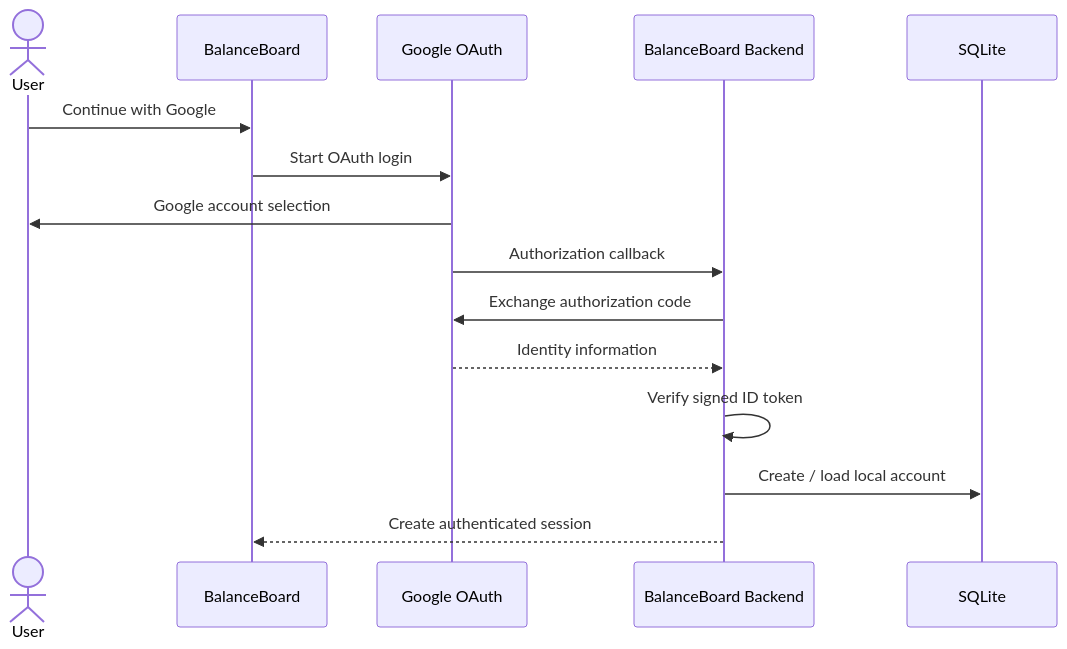
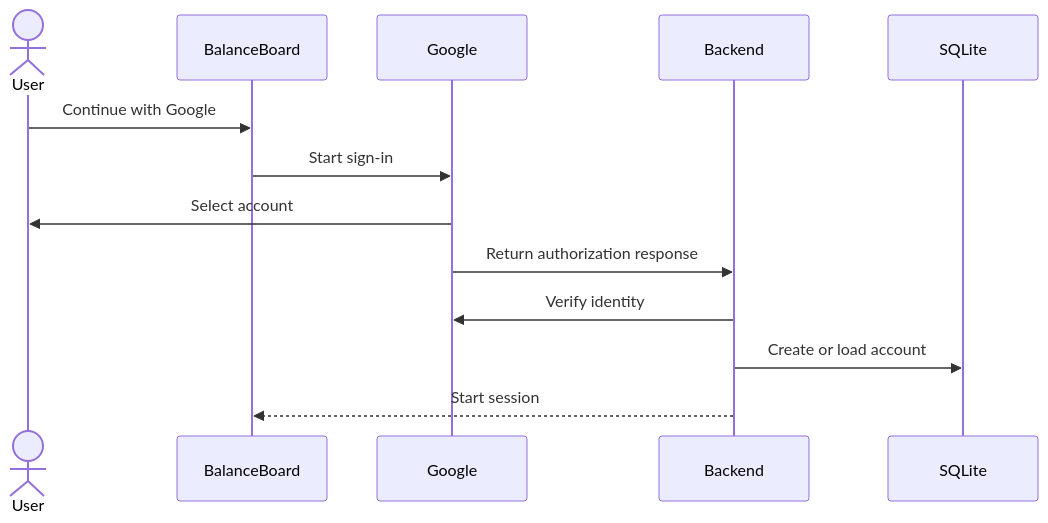
One commit to kushalshrestha303-web/BalanceBoard changed the fifth of 7 diagrams in README.md. Above: the diagram before and after it, drawn with Mermaid. The commit also changed other lines of this file, not shown here.

Commit message:
Update BalanceBoard README

````diff
--- a/README.md
+++ b/README.md
@@ -268,18 +248,16 @@
 ```mermaid
 sequenceDiagram
     actor User
     participant App as BalanceBoard
-    participant Google as Google OAuth
-    participant API as BalanceBoard Backend
+    participant Google as Google
+    participant API as Backend
     participant DB as SQLite
 
     User->>App: Continue with Google
-    App->>Google: Start OAuth login
-    Google->>User: Google account selection
-    Google->>API: Authorization callback
-    API->>Google: Exchange authorization code
-    Google-->>API: Identity information
-    API->>API: Verify signed ID token
-    API->>DB: Create / load local account
-    API-->>App: Create authenticated session
+    App->>Google: Start sign-in
+    Google->>User: Select account
+    Google->>API: Return authorization response
+    API->>Google: Verify identity
+    API->>DB: Create or load account
+    API-->>App: Start session
 ```
````
